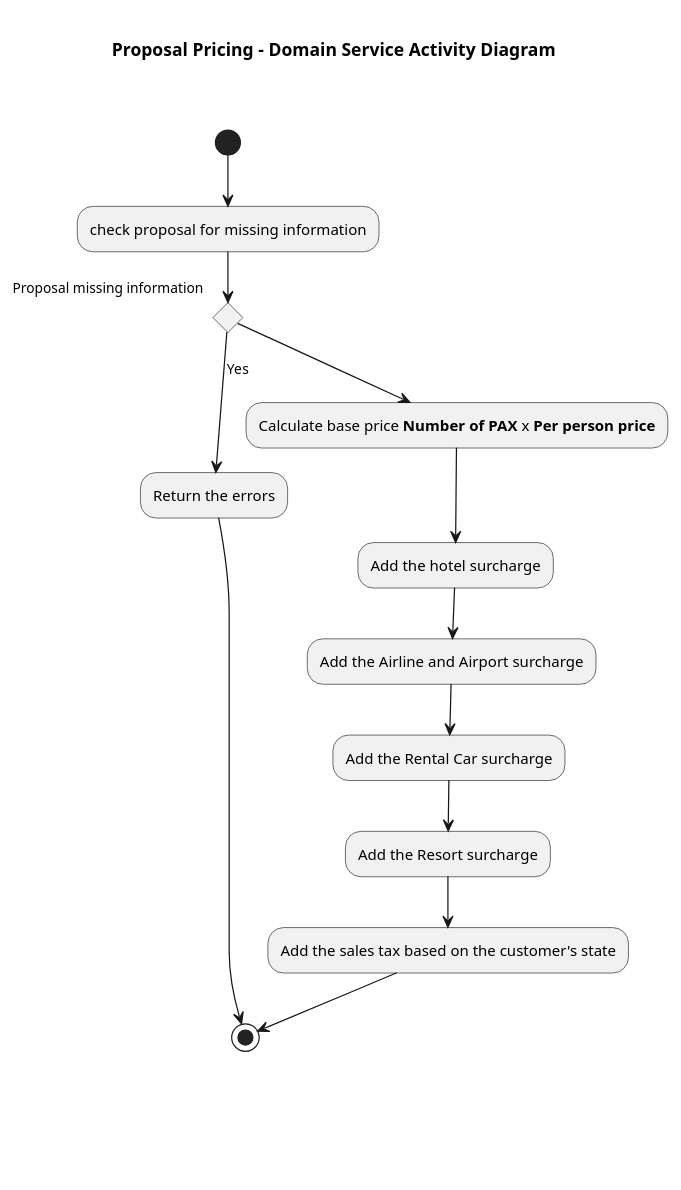
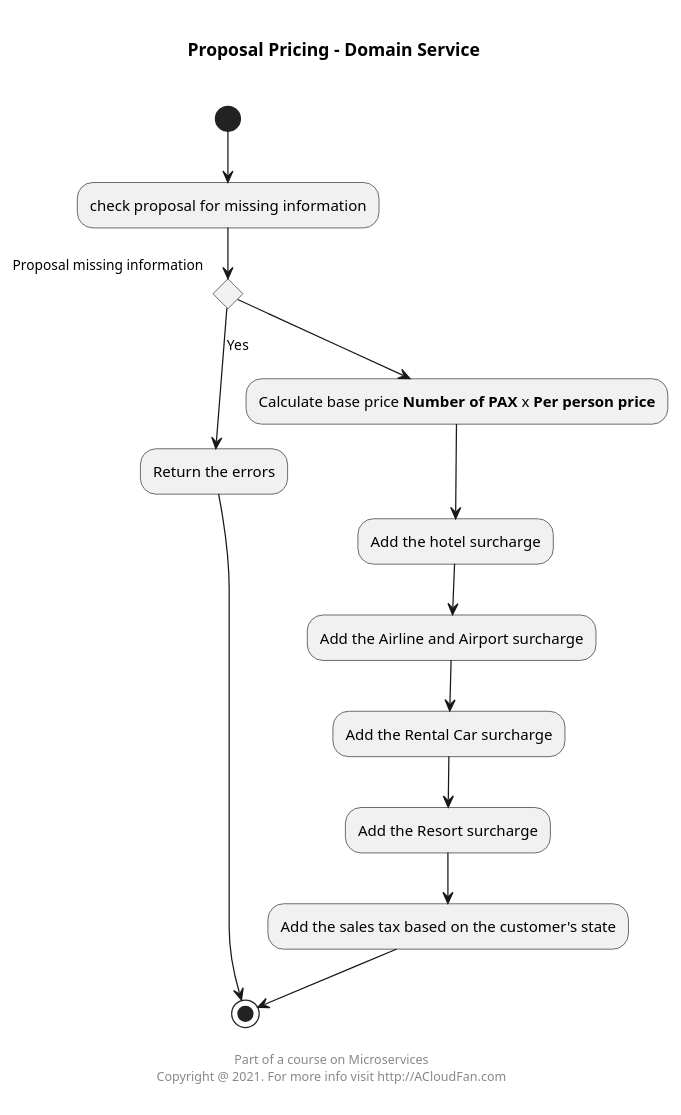
One commit to acloudfan/MSFA-ACME-Sales-vdraft changed the diagram in uml/services/pricing.domainservice.activity.puml. Above: the diagram before and after it, drawn with PlantUML. The commit also changed 15 other files, not shown here.

```diff
--- a/uml/services/pricing.domainservice.activity.puml
+++ b/uml/services/pricing.domainservice.activity.puml
@@ -1,24 +1,20 @@
 @startuml
-
 (*)  --> "check proposal for missing information"
 
 If "Proposal missing information" then
 --> [Yes] "Return the errors"
 --> (*)
-
 else
 --> "Calculate base price <b>Number of PAX</b> x <b>Per person price</b>"
 --> "Add the hotel surcharge"
 --> "Add the Airline and Airport surcharge"
 --> "Add the Rental Car surcharge"
 --> "Add the Resort surcharge"
 --> "Add the sales tax based on the customer's state"
 Endif
 -->(*)
 
-
-
-title \n  Proposal Pricing - Domain Service Activity Diagram \n\n
-footer \n \n\n\n\n\n\
+title \n  Proposal Pricing - Domain Service \n
+footer \n Part of a course on Microservices \n Copyright @ 2021. For more info visit http://ACloudFan.com \n
 
 @enduml
```
